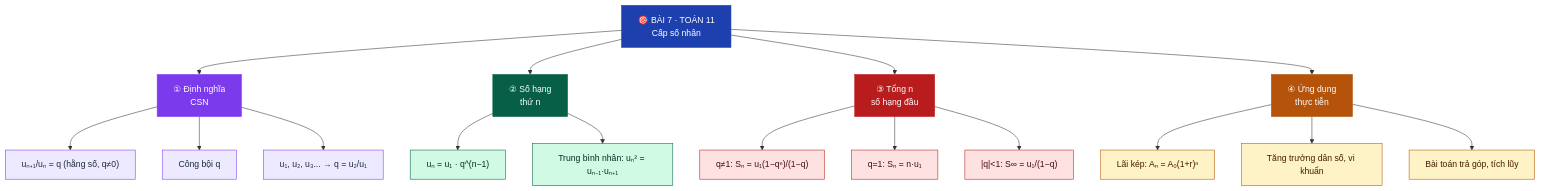
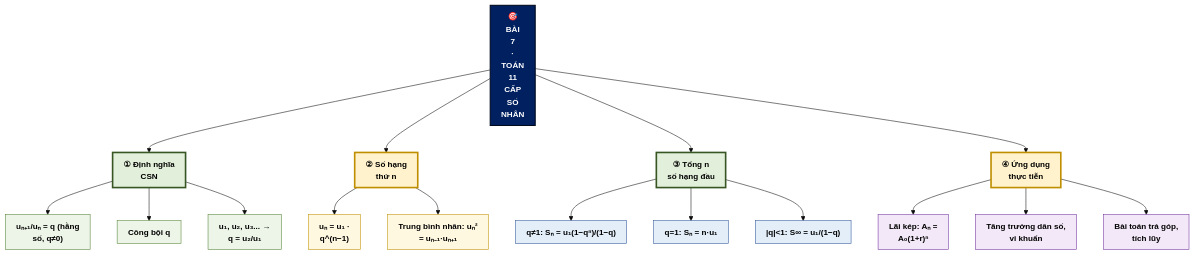
Diagram 18 of 30 in README.md (Trangtu66/Taode_thi_online), drawn with Mermaid before and after one commit. The commit also changed other lines of this file and 299 other files, not shown here.

````diff
--- a/README.md
+++ b/README.md
@@ -689,33 +756,36 @@
 ```mermaid
+%%{init: {"theme": "base", "htmlLabels": true, "flowchart": {"htmlLabels": true, "padding": 10, "curve": "basis"}, "themeVariables": {"fontSize": "15px"}}}%%
 graph TD
-    G["🎯 BÀI 7 · TOÁN 11<br/>Cấp số nhân"]:::root
+    G["🎯<BR/>BÀI<BR/>7<BR/>·<BR/>TOÁN<BR/>11<BR/>CẤP<BR/>SỐ<BR/>NHÂN"]:::root
     G --> A["① Định nghĩa<br/>CSN"]:::n1
     G --> B["② Số hạng<br/>thứ n"]:::n2
     G --> C["③ Tổng n<br/>số hạng đầu"]:::n3
     G --> D["④ Ứng dụng<br/>thực tiễn"]:::n4
 
-    A --> A1["uₙ₊₁/uₙ = q (hằng số, q≠0)"]:::l1
+    A --> A1["uₙ₊₁/uₙ = q (hằng<br/>số, q≠0)"]:::l1
     A --> A2["Công bội q"]:::l1
-    A --> A3["u₁, u₂, u₃... → q = u₂/u₁"]:::l1
+    A --> A3["u₁, u₂, u₃... →<br/>q = u₂/u₁"]:::l1
 
-    B --> B1["uₙ = u₁ · q^(n−1)"]:::l2
-    B --> B2["Trung bình nhân: uₙ² = uₙ₋₁·uₙ₊₁"]:::l2
+    B --> B1["uₙ = u₁ ·<br/>q^(n−1)"]:::l2
+    B --> B2["Trung bình nhân: uₙ²<br/>= uₙ₋₁·uₙ₊₁"]:::l2
 
     C --> C1["q≠1: Sₙ = u₁(1−qⁿ)/(1−q)"]:::l3
     C --> C2["q=1: Sₙ = n·u₁"]:::l3
     C --> C3["|q|<1: S∞ = u₁/(1−q)"]:::l3
 
-    D --> D1["Lãi kép: Aₙ = A₀(1+r)ⁿ"]:::l4
-    D --> D2["Tăng trưởng dân số, vi khuẩn"]:::l4
-    D --> D3["Bài toán trả góp, tích lũy"]:::l4
+    D --> D1["Lãi kép: Aₙ =<br/>A₀(1+r)ⁿ"]:::l4
+    D --> D2["Tăng trưởng dân số,<br/>vi khuẩn"]:::l4
+    D --> D3["Bài toán trả góp,<br/>tích lũy"]:::l4
 
-    classDef root fill:#1E40AF,color:#fff,stroke:#1E40AF
-    classDef n1 fill:#7C3AED,color:#fff,stroke:#7C3AED
-    classDef n2 fill:#065F46,color:#fff,stroke:#065F46
-    classDef n3 fill:#B91C1C,color:#fff,stroke:#B91C1C
-    classDef n4 fill:#B45309,color:#fff,stroke:#B45309
-    classDef l1 fill:#EDE9FE,color:#1E293B,stroke:#7C3AED
-    classDef l2 fill:#D1FAE5,color:#022c22,stroke:#065F46
-    classDef l3 fill:#FEE2E2,color:#450a0a,stroke:#B91C1C
-    classDef l4 fill:#FEF3C7,color:#451a03,stroke:#B45309
+    classDef root fill:#002060,color:#FFFFFF,stroke:#000B1E,stroke-width:2px,font-weight:bold
+    classDef n1 fill:#E2EFDA,color:#000000,stroke:#375623,stroke-width:3px,font-weight:bold
+    classDef n2 fill:#FFF2CC,color:#000000,stroke:#BF8F00,stroke-width:3px,font-weight:bold
+    classDef n3 fill:#E2EFDA,color:#000000,stroke:#375623,stroke-width:3px,font-weight:bold
+    classDef n4 fill:#FFF2CC,color:#000000,stroke:#BF8F00,stroke-width:3px,font-weight:bold
+    classDef n5 fill:#E2EFDA,color:#000000,stroke:#375623,stroke-width:3px,font-weight:bold
+    classDef l1 fill:#EDF5E8,color:#000000,stroke:#548235
+    classDef l2 fill:#FFF8E1,color:#000000,stroke:#BF8F00
+    classDef l3 fill:#E3EEF9,color:#000000,stroke:#2F5597
+    classDef l4 fill:#F3E8F7,color:#000000,stroke:#7030A0
+    classDef l5 fill:#FDE9E1,color:#000000,stroke:#C55A11
 ```
````
